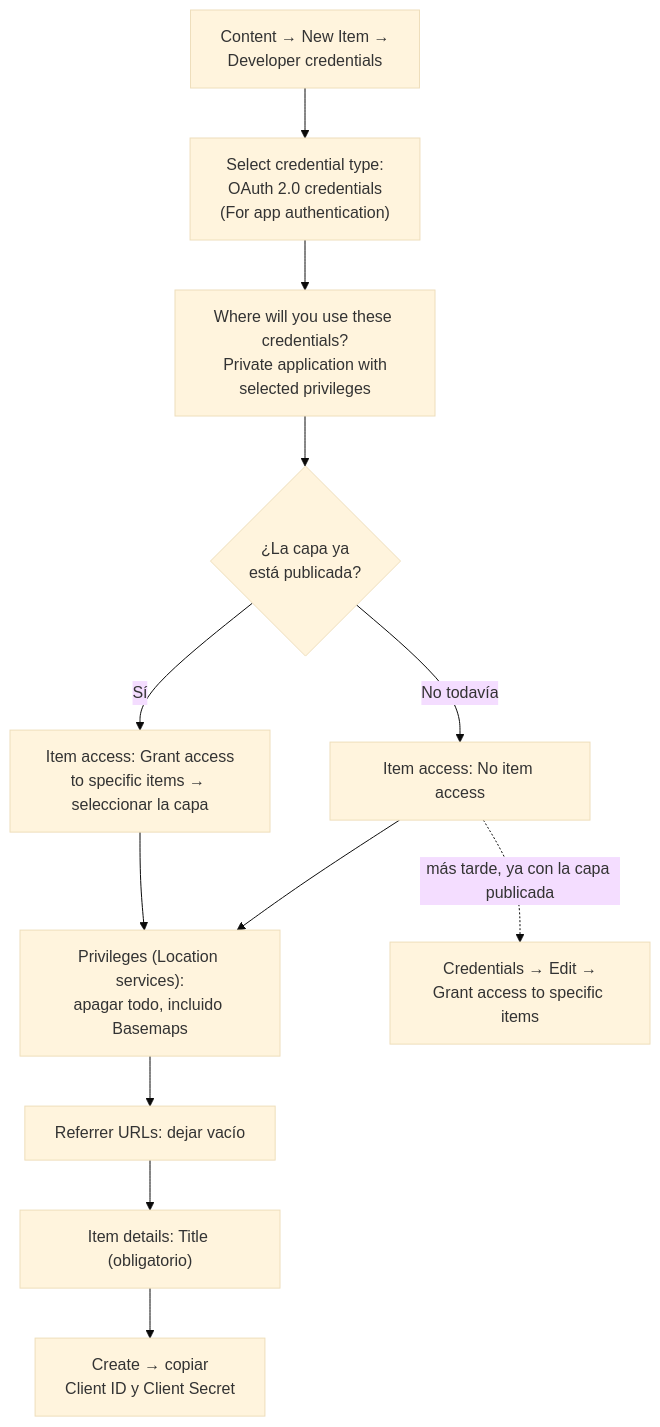
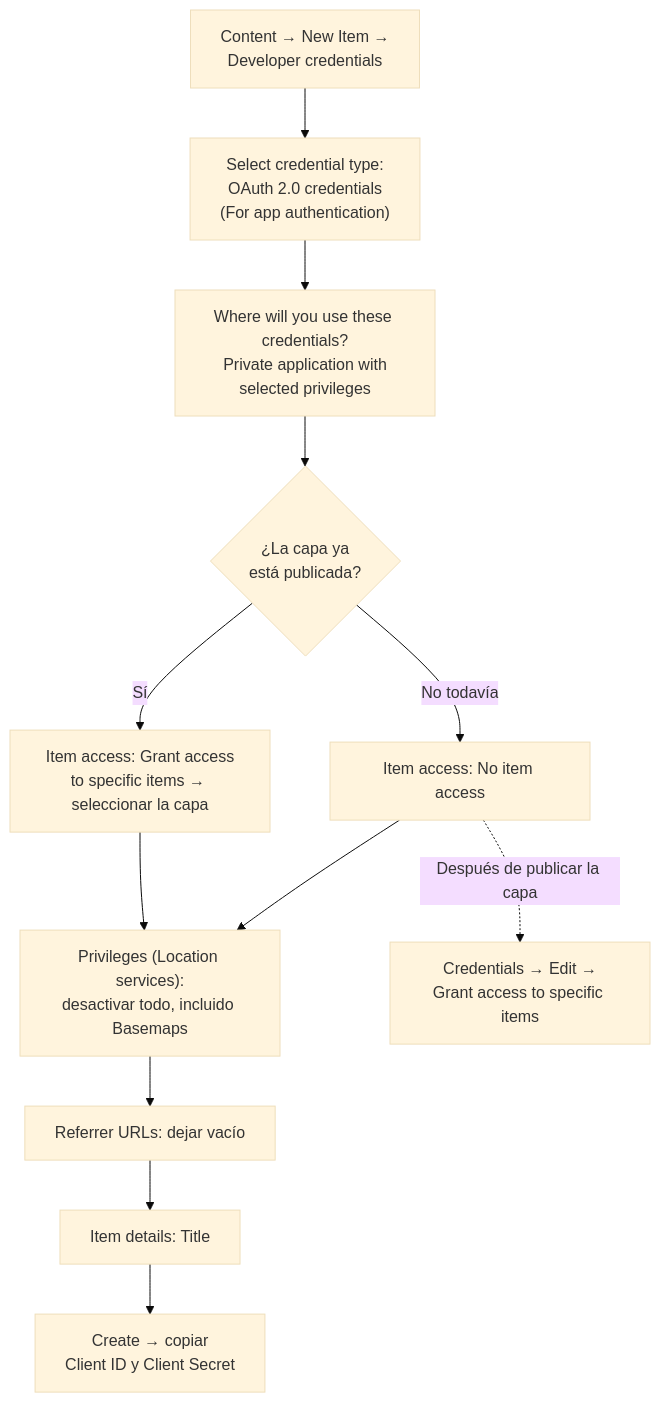
One commit to osbonilla/IntegracionOdooArcGIS changed the third of 3 diagrams in README.md. Above: the diagram before and after it, drawn with Mermaid (base theme). The commit also changed other lines of this file, not shown here.

````diff
--- a/README.md
+++ b/README.md
@@ -236,14 +378,21 @@
 ```mermaid
 flowchart TD
-    A["Content → New Item →<br/>Developer credentials"] --> B["Select credential type:<br/>OAuth 2.0 credentials<br/>(For app authentication)"]
+    A["Content → New Item →<br/>Developer credentials"]
+    --> B["Select credential type:<br/>OAuth 2.0 credentials<br/>(For app authentication)"]
+
     B --> C["Where will you use these credentials?<br/>Private application with<br/>selected privileges"]
+
     C --> D{"¿La capa ya<br/>está publicada?"}
+
     D -->|No todavía| E["Item access: No item access"]
     D -->|Sí| F["Item access: Grant access<br/>to specific items → seleccionar la capa"]
-    E --> G["Privileges (Location services):<br/>apagar todo, incluido Basemaps"]
+
+    E --> G["Privileges (Location services):<br/>desactivar todo, incluido Basemaps"]
     F --> G
+
     G --> H["Referrer URLs: dejar vacío"]
-    H --> I["Item details: Title (obligatorio)"]
+    H --> I["Item details: Title"]
     I --> J["Create → copiar<br/>Client ID y Client Secret"]
-    E -.->|"más tarde, ya con la capa publicada"| K["Credentials → Edit →<br/>Grant access to specific items"]
+
+    E -.->|"Después de publicar la capa"| K["Credentials → Edit →<br/>Grant access to specific items"]
 ```
````
